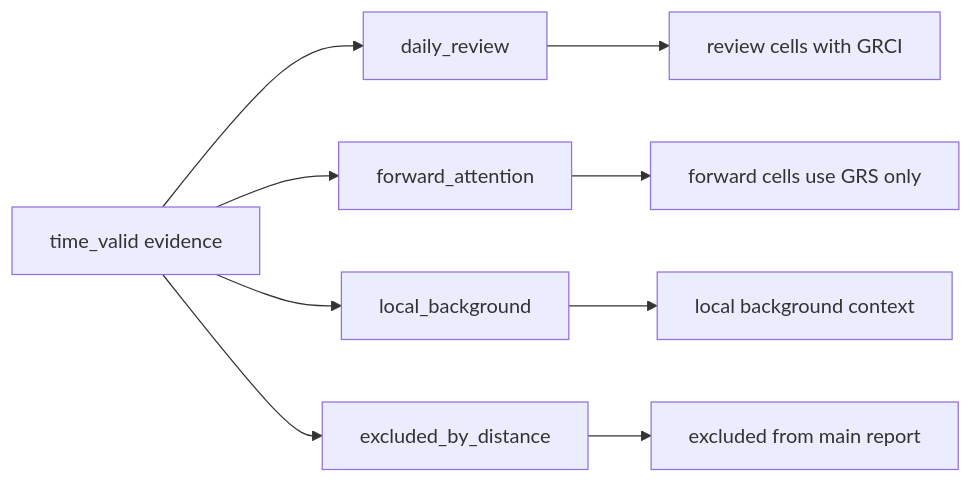
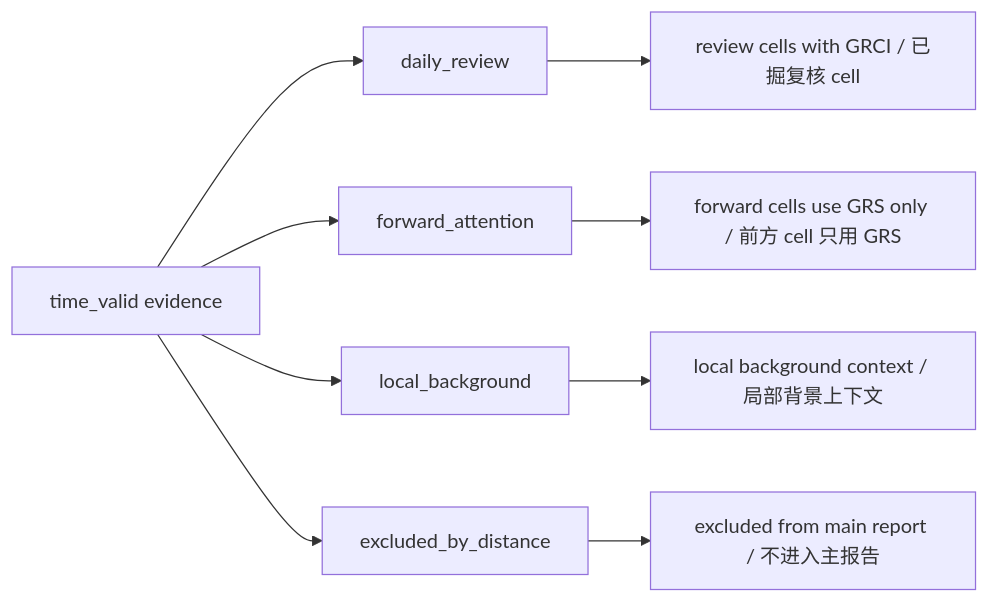
Before and after one commit to xiaodazhao/tbm-report: the second of 3 diagrams in backend/docs/README.md, drawn with Mermaid. The commit also changed other lines of this file and 1 other file, not shown here.

Commit message:
Add bilingual labels to Mermaid diagrams

````diff
--- a/backend/docs/README.md
+++ b/backend/docs/README.md
@@ -67,12 +67,12 @@
 ```mermaid
 flowchart LR
     A[time_valid evidence] --> B[daily_review]
     A --> C[forward_attention]
     A --> D[local_background]
     A --> E[excluded_by_distance]
 
-    B --> F[review cells with GRCI]
-    C --> G[forward cells use GRS only]
-    D --> H[local background context]
-    E --> I[excluded from main report]
+    B --> F[review cells with GRCI / 已掘复核 cell]
+    C --> G[forward cells use GRS only / 前方 cell 只用 GRS]
+    D --> H[local background context / 局部背景上下文]
+    E --> I[excluded from main report / 不进入主报告]
 ```
````
